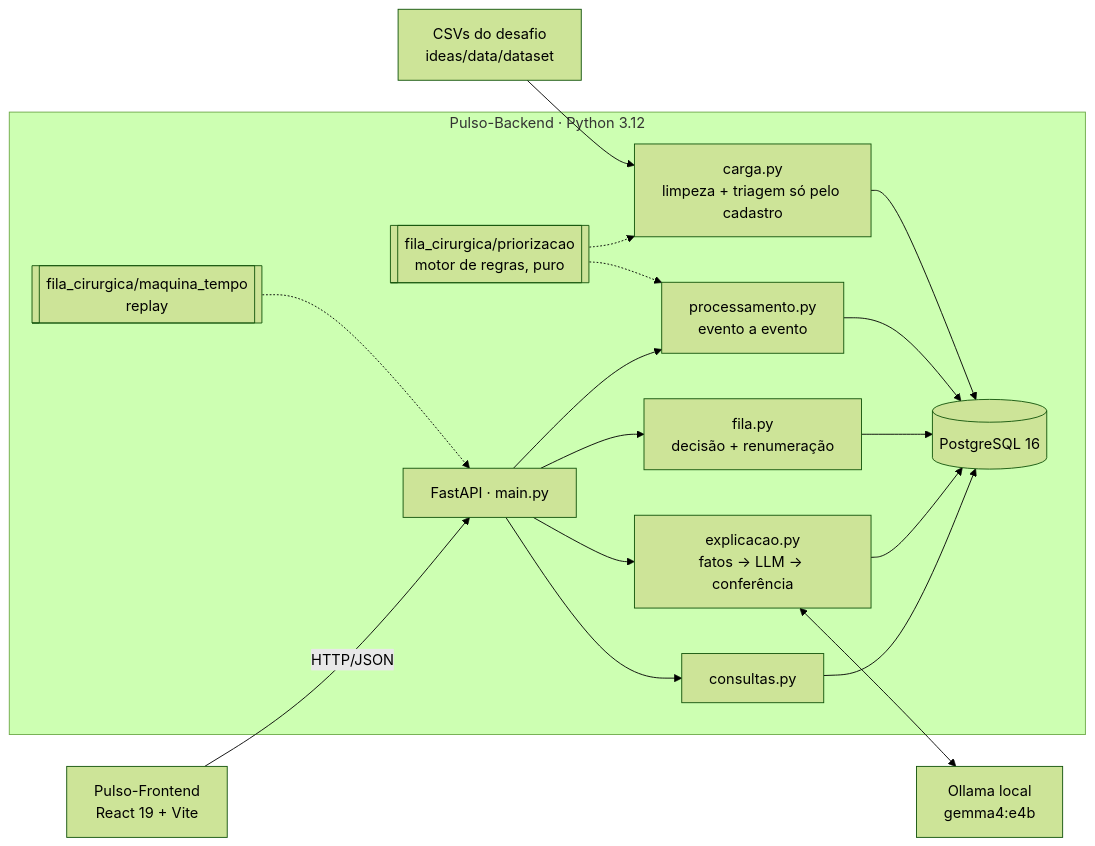
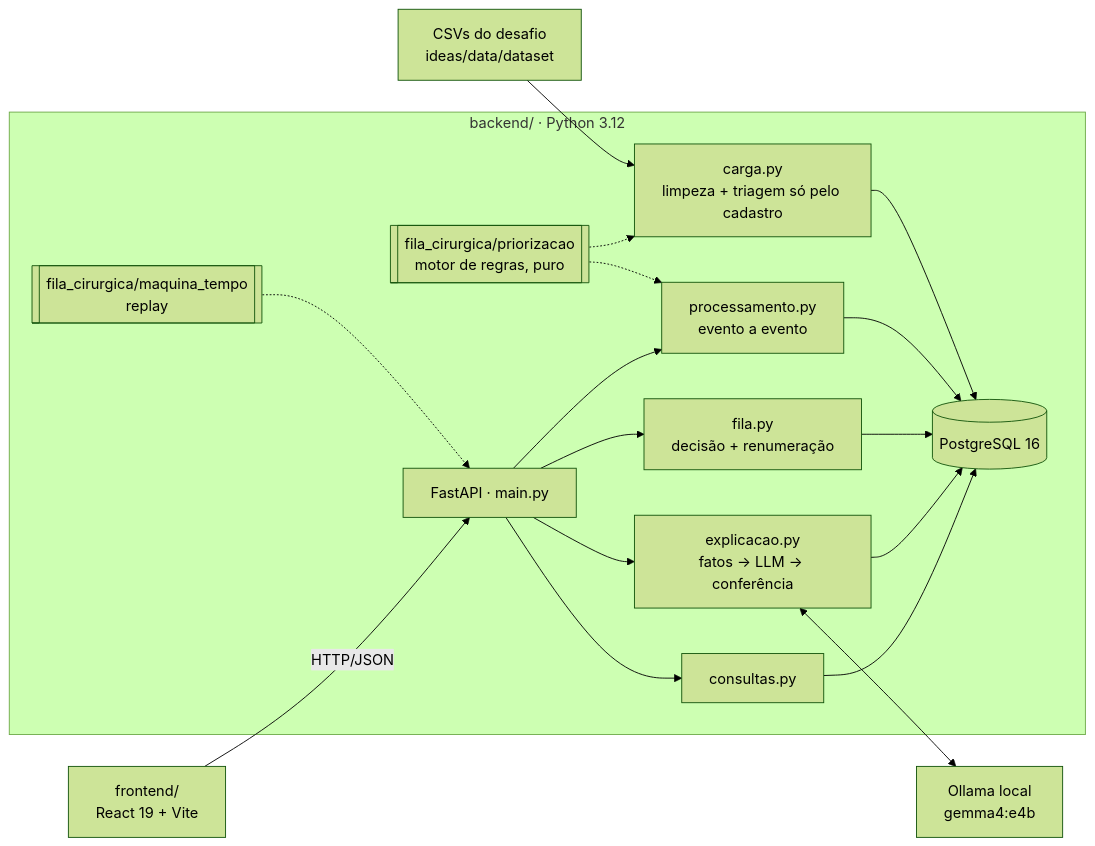
The diagram in backend/DECISOES.md (nicolaszk/Pulso), drawn with Mermaid (forest theme) before and after one commit. The commit also changed other lines of this file and 16 other files, not shown here.

````diff
--- a/backend/DECISOES.md
+++ b/backend/DECISOES.md
@@ -130,19 +130,19 @@
 ```mermaid
 flowchart LR
   CSV[CSVs do desafio<br/>ideas/data/dataset] --> CARGA
-  subgraph Backend [Pulso-Backend · Python 3.12]
+  subgraph Backend [backend/ · Python 3.12]
     CARGA[carga.py<br/>limpeza + triagem só pelo cadastro] --> PG[(PostgreSQL 16)]
     PROC[processamento.py<br/>evento a evento] --> PG
     MOTOR[[fila_cirurgica/priorizacao<br/>motor de regras, puro]] -.-> CARGA
     MOTOR -.-> PROC
     FILA[fila.py<br/>decisão + renumeração] --> PG
     EXP[explicacao.py<br/>fatos → LLM → conferência] --> PG
     API[FastAPI · main.py] --> CONS[consultas.py] --> PG
     API --> FILA
     API --> PROC
     API --> EXP
     MT[[fila_cirurgica/maquina_tempo<br/>replay]] -.-> API
   end
   EXP <--> LLM[Ollama local<br/>gemma4:e4b]
-  WEB[Pulso-Frontend<br/>React 19 + Vite] -- HTTP/JSON --> API
+  WEB[frontend/<br/>React 19 + Vite] -- HTTP/JSON --> API
 ```
````
